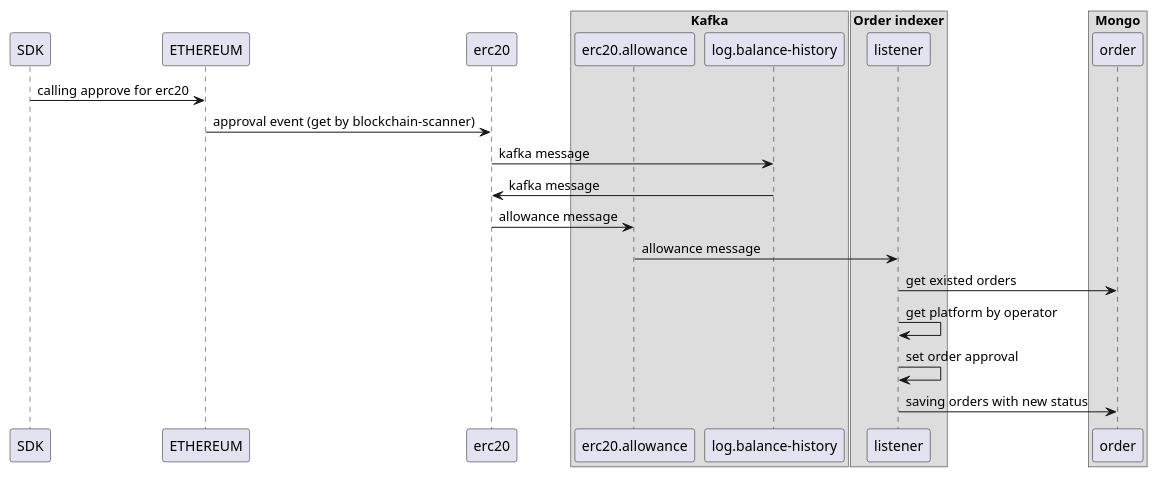
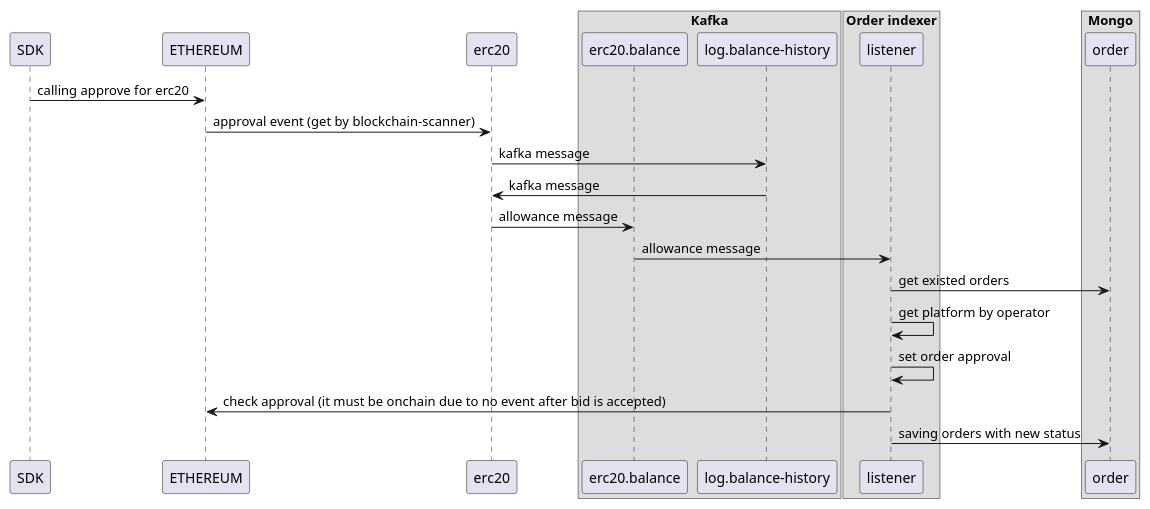
Before and after one commit to rarible/ethereum-indexer-public: the diagram in docs/diagrams/puml/bid_order_change_approval.puml, drawn with PlantUML.

Commit message:
fix approval for bid

```diff
--- a/docs/diagrams/puml/bid_order_change_approval.puml
+++ b/docs/diagrams/puml/bid_order_change_approval.puml
@@ -1,28 +1,29 @@
 @startuml
 
 SDK -> ETHEREUM: calling approve for erc20
 ETHEREUM -> erc20: approval event (get by blockchain-scanner)
 erc20 -> "log.balance-history" : kafka message
 "log.balance-history" -> erc20: kafka message
-erc20 -> "erc20.allowance" : allowance message
-"erc20.allowance" -> listener : allowance message
+erc20 -> "erc20.balance" : allowance message
+"erc20.balance" -> listener : allowance message
 
 listener -> order: get existed orders
 listener -> listener : get platform by operator
 listener -> listener: set order approval
+listener -> ETHEREUM: check approval (it must be onchain due to no event after bid is accepted)
 listener -> order: saving orders with new status
 
 box "Kafka"
-participant "erc20.allowance"
+participant "erc20.balance"
 participant "log.balance-history"
 end box
 
 box "Order indexer"
 participant listener
 end box
 
 box "Mongo"
 participant order
 end box
 
 @enduml
```
